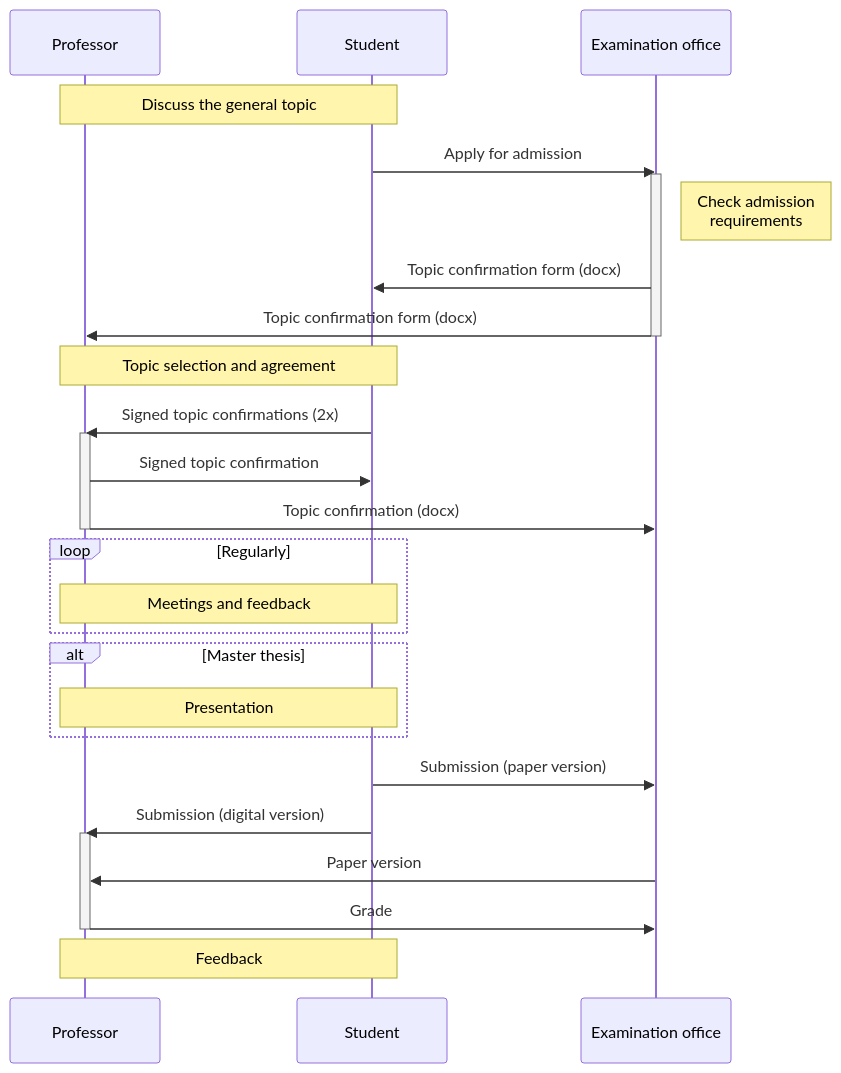
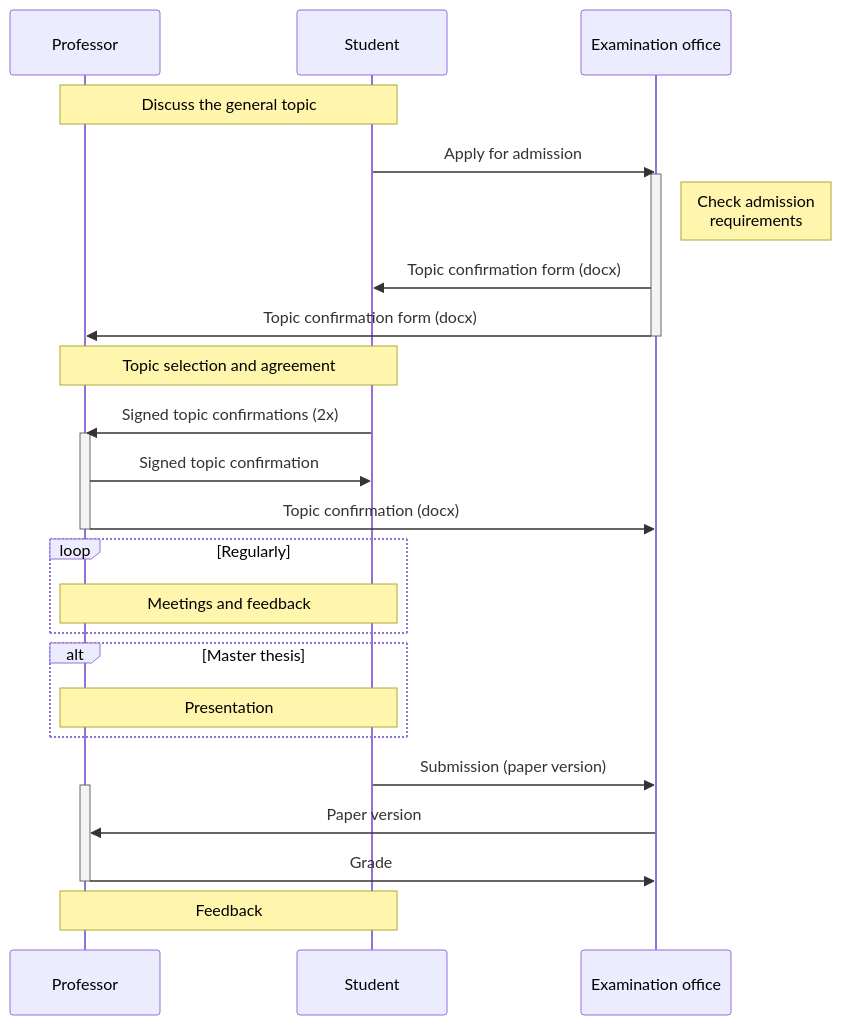
Before and after one commit to digital-work-lab/handbook: the diagram in docs/teaching/theses_process.md, drawn with Mermaid.

````diff
--- a/docs/teaching/theses_process.md
+++ b/docs/teaching/theses_process.md
@@ -10,29 +10,28 @@
 ```mermaid
 sequenceDiagram
     Note over Professor,Student: Discuss the general topic
     Student->>Examination office: Apply for admission
     activate Examination office
     Note right of Examination office: Check admission<br/>requirements
     Examination office->>Student: Topic confirmation form (docx)
     Examination office->>Professor: Topic confirmation form (docx)
     deactivate Examination office
     Note over Professor,Student: Topic selection and agreement
     Student->>Professor: Signed topic confirmations (2x)
     activate Professor
     Professor->>Student: Signed topic confirmation
     Professor->>Examination office: Topic confirmation (docx)
     deactivate Professor
     loop Regularly
         Note over Professor,Student: Meetings and feedback
     end
     alt Master thesis
         Note over Professor,Student: Presentation
     end
     Student->>Examination office: Submission (paper version)
-    Student->>Professor: Submission (digital version)
     activate Professor
     Examination office->>Professor: Paper version
     Professor->>Examination office: Grade
     deactivate Professor
     Note over Professor,Student: Feedback
 ```
````
